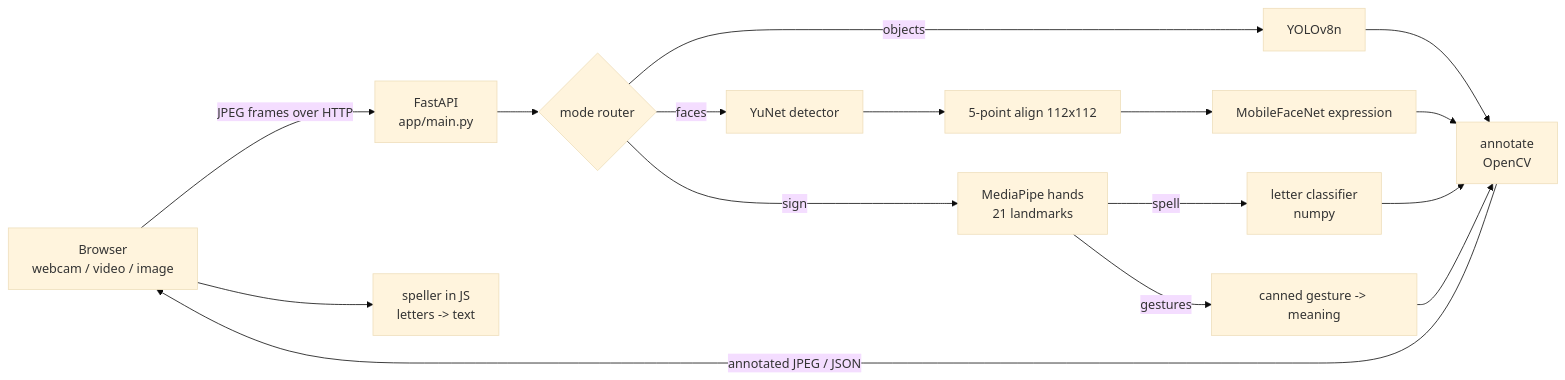
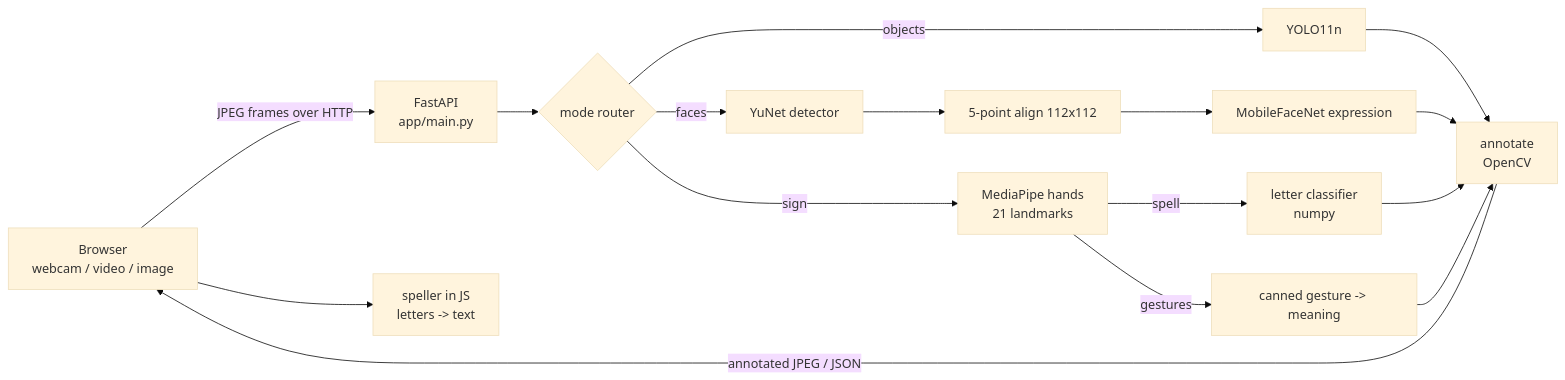
Before and after one commit to dhia-rek/ai-vision-detection: the diagram in README.md, drawn with Mermaid (base theme). The commit also changed other lines of this file and 19 other files, not shown here.

````diff
--- a/README.md
+++ b/README.md
@@ -54,16 +54,16 @@
 ```mermaid
 flowchart LR
     UI[Browser<br/>webcam / video / image] -->|JPEG frames over HTTP| API[FastAPI<br/>app/main.py]
     API --> R{mode router}
-    R -->|objects| Y[YOLOv8n]
+    R -->|objects| Y[YOLO11n]
     R -->|faces| F[YuNet detector] --> AL[5-point align 112x112] --> M[MobileFaceNet expression]
     R -->|sign| H[MediaPipe hands<br/>21 landmarks]
     H -->|spell| L[letter classifier<br/>numpy]
     H -->|gestures| G[canned gesture -> meaning]
     Y --> A[annotate<br/>OpenCV]
     M --> A
     L --> A
     G --> A
     A -->|annotated JPEG / JSON| UI
     UI --> S[speller in JS<br/>letters -> text]
 ```
````
